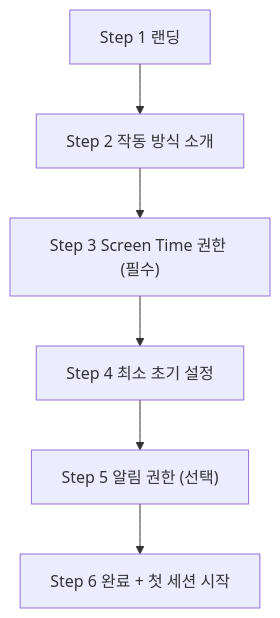
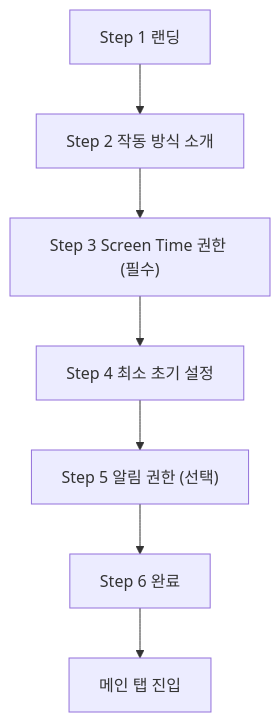
The first of 2 diagrams in docs/onboarding-permission-ux-guide.md (moonshu/Purpose-Reminder), drawn with Mermaid before and after one commit. The commit also changed other lines of this file and 21 other files, not shown here.

````diff
--- a/docs/onboarding-permission-ux-guide.md
+++ b/docs/onboarding-permission-ux-guide.md
@@ -28,8 +108,9 @@
 ```mermaid
 flowchart TD
     A["Step 1 랜딩"] --> B["Step 2 작동 방식 소개"]
     B --> C["Step 3 Screen Time 권한 (필수)"]
     C --> D["Step 4 최소 초기 설정"]
     D --> E["Step 5 알림 권한 (선택)"]
-    E --> F["Step 6 완료 + 첫 세션 시작"]
+    E --> F["Step 6 완료"]
+    F --> G["메인 탭 진입"]
 ```
````
